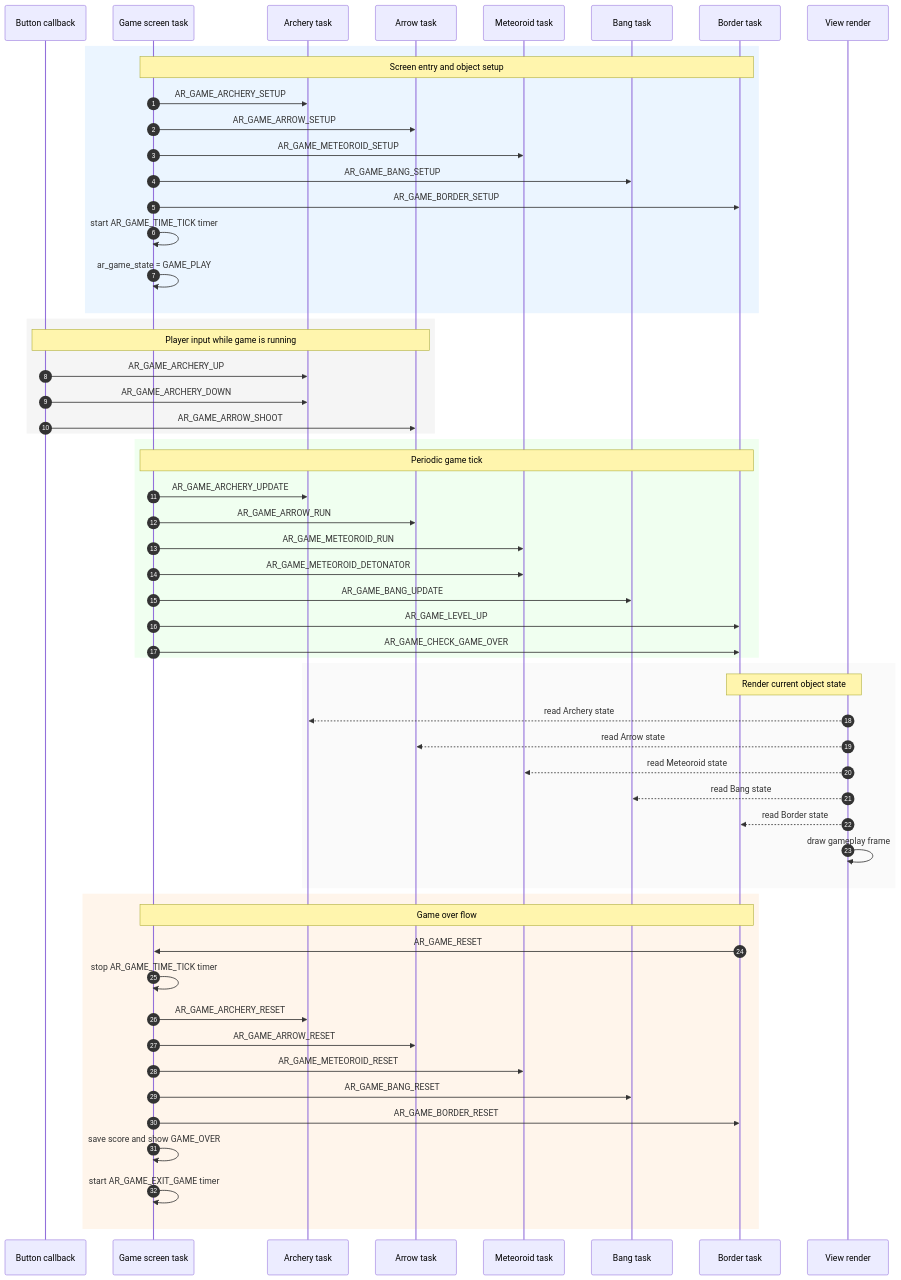
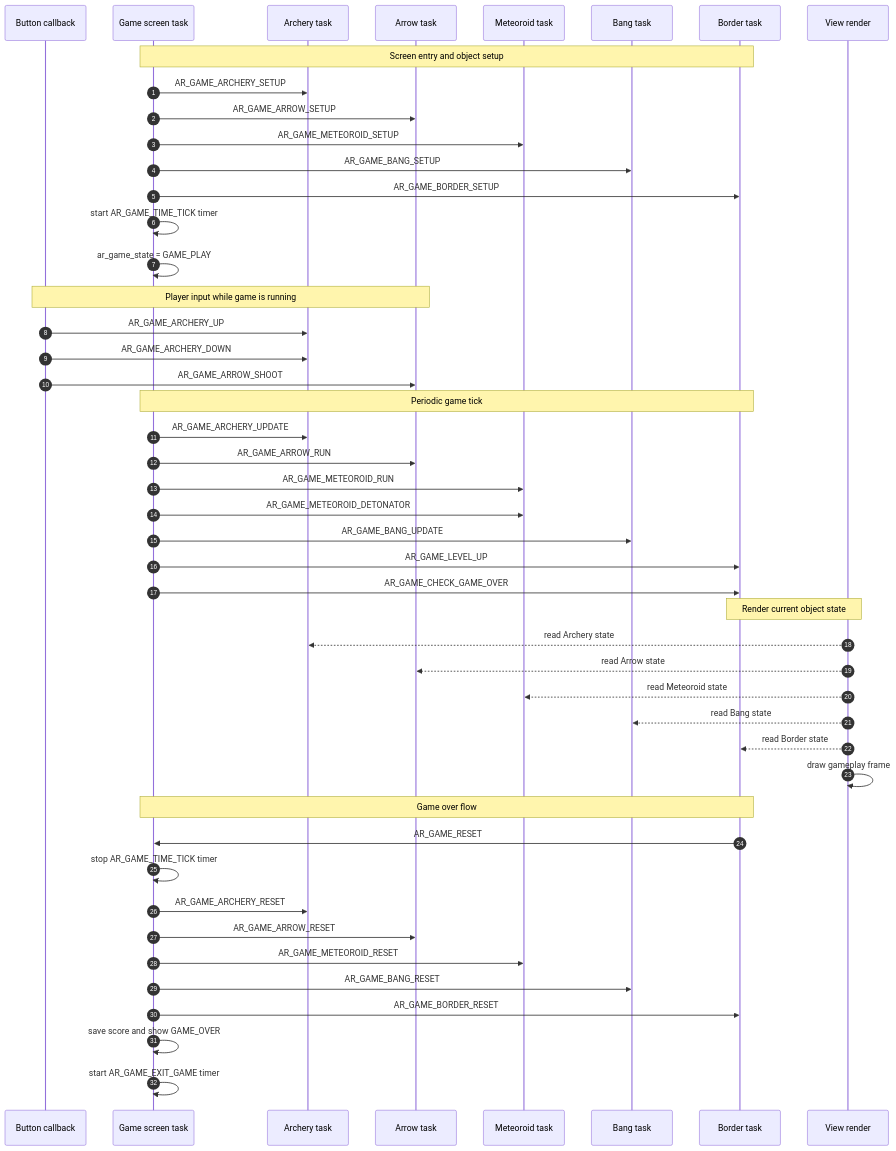
Before and after one commit to QuocBuu/archery_game: the first of 7 diagrams in README.md, drawn with Mermaid. The commit also changed other lines of this file and 1 other file, not shown here.

````diff
--- a/README.md
+++ b/README.md
@@ -78,64 +78,54 @@
 ```mermaid
 sequenceDiagram
     autonumber
     participant Btn as Button callback
     participant Scr as Game screen task
     participant Arch as Archery task
     participant Arrow as Arrow task
     participant Met as Meteoroid task
     participant Bang as Bang task
     participant Border as Border task
     participant View as View render
 
-    rect rgb(235, 245, 255)
-        Note over Scr,Border: Screen entry and object setup
-        Scr->>Arch: AR_GAME_ARCHERY_SETUP
-        Scr->>Arrow: AR_GAME_ARROW_SETUP
-        Scr->>Met: AR_GAME_METEOROID_SETUP
-        Scr->>Bang: AR_GAME_BANG_SETUP
-        Scr->>Border: AR_GAME_BORDER_SETUP
-        Scr->>Scr: start AR_GAME_TIME_TICK timer
-        Scr->>Scr: ar_game_state = GAME_PLAY
-    end
+    Note over Scr,Border: Screen entry and object setup
+    Scr->>Arch: AR_GAME_ARCHERY_SETUP
+    Scr->>Arrow: AR_GAME_ARROW_SETUP
+    Scr->>Met: AR_GAME_METEOROID_SETUP
+    Scr->>Bang: AR_GAME_BANG_SETUP
+    Scr->>Border: AR_GAME_BORDER_SETUP
+    Scr->>Scr: start AR_GAME_TIME_TICK timer
+    Scr->>Scr: ar_game_state = GAME_PLAY
 
-    rect rgb(245, 245, 245)
-        Note over Btn,Arrow: Player input while game is running
-        Btn->>Arch: AR_GAME_ARCHERY_UP
-        Btn->>Arch: AR_GAME_ARCHERY_DOWN
-        Btn->>Arrow: AR_GAME_ARROW_SHOOT
-    end
+    Note over Btn,Arrow: Player input while game is running
+    Btn->>Arch: AR_GAME_ARCHERY_UP
+    Btn->>Arch: AR_GAME_ARCHERY_DOWN
+    Btn->>Arrow: AR_GAME_ARROW_SHOOT
 
-    rect rgb(240, 255, 240)
-        Note over Scr,Border: Periodic game tick
-        Scr->>Arch: AR_GAME_ARCHERY_UPDATE
-        Scr->>Arrow: AR_GAME_ARROW_RUN
-        Scr->>Met: AR_GAME_METEOROID_RUN
-        Scr->>Met: AR_GAME_METEOROID_DETONATOR
-        Scr->>Bang: AR_GAME_BANG_UPDATE
-        Scr->>Border: AR_GAME_LEVEL_UP
-        Scr->>Border: AR_GAME_CHECK_GAME_OVER
-    end
+    Note over Scr,Border: Periodic game tick
+    Scr->>Arch: AR_GAME_ARCHERY_UPDATE
+    Scr->>Arrow: AR_GAME_ARROW_RUN
+    Scr->>Met: AR_GAME_METEOROID_RUN
+    Scr->>Met: AR_GAME_METEOROID_DETONATOR
+    Scr->>Bang: AR_GAME_BANG_UPDATE
+    Scr->>Border: AR_GAME_LEVEL_UP
+    Scr->>Border: AR_GAME_CHECK_GAME_OVER
 
-    rect rgb(250, 250, 250)
-        Note over View,Border: Render current object state
-        View-->>Arch: read Archery state
-        View-->>Arrow: read Arrow state
-        View-->>Met: read Meteoroid state
-        View-->>Bang: read Bang state
-        View-->>Border: read Border state
-        View->>View: draw gameplay frame
-    end
+    Note over View,Border: Render current object state
+    View-->>Arch: read Archery state
+    View-->>Arrow: read Arrow state
+    View-->>Met: read Meteoroid state
+    View-->>Bang: read Bang state
+    View-->>Border: read Border state
+    View->>View: draw gameplay frame
 
-    rect rgb(255, 245, 235)
-        Note over Border,Scr: Game over flow
-        Border->>Scr: AR_GAME_RESET
-        Scr->>Scr: stop AR_GAME_TIME_TICK timer
-        Scr->>Arch: AR_GAME_ARCHERY_RESET
-        Scr->>Arrow: AR_GAME_ARROW_RESET
-        Scr->>Met: AR_GAME_METEOROID_RESET
-        Scr->>Bang: AR_GAME_BANG_RESET
-        Scr->>Border: AR_GAME_BORDER_RESET
-        Scr->>Scr: save score and show GAME_OVER
-        Scr->>Scr: start AR_GAME_EXIT_GAME timer
-    end
+    Note over Border,Scr: Game over flow
+    Border->>Scr: AR_GAME_RESET
+    Scr->>Scr: stop AR_GAME_TIME_TICK timer
+    Scr->>Arch: AR_GAME_ARCHERY_RESET
+    Scr->>Arrow: AR_GAME_ARROW_RESET
+    Scr->>Met: AR_GAME_METEOROID_RESET
+    Scr->>Bang: AR_GAME_BANG_RESET
+    Scr->>Border: AR_GAME_BORDER_RESET
+    Scr->>Scr: save score and show GAME_OVER
+    Scr->>Scr: start AR_GAME_EXIT_GAME timer
 ```
````
